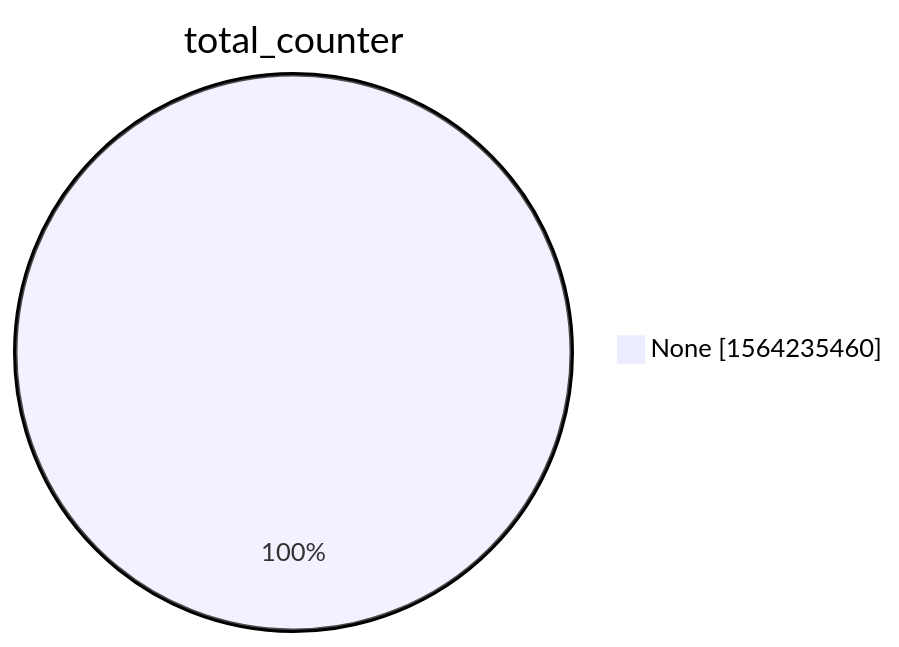
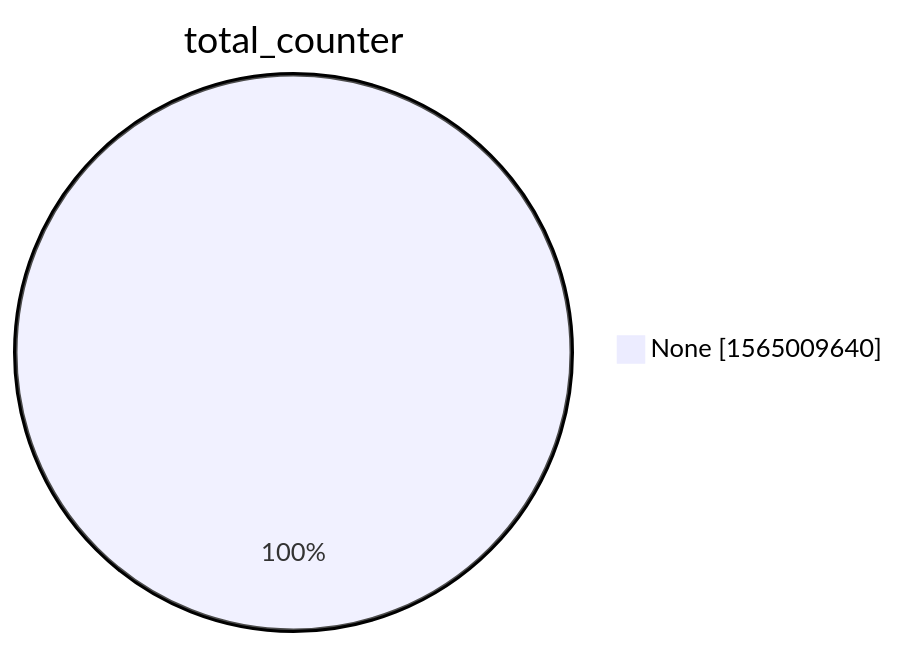
One commit to christiankrug/ctmonitor_visualization changed the second of 15 diagrams in xenon2022/README.md. Above: the diagram before and after it, drawn with Mermaid. The commit also changed other lines of this file, not shown here.

````diff
--- a/xenon2022/README.md
+++ b/xenon2022/README.md
@@ -9,5 +9,5 @@
 ```mermaid
 pie showData
 title total_counter
-"None" :1564235460
+"None" :1565009640
 ```
````
